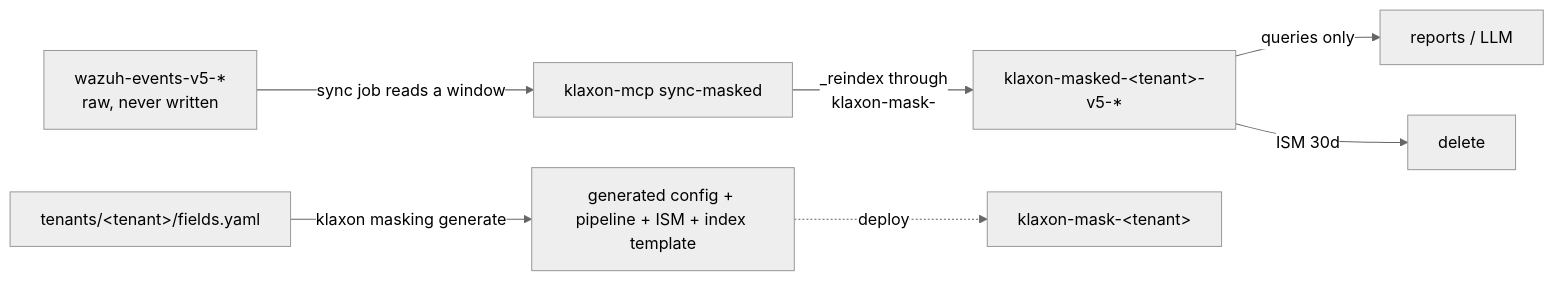
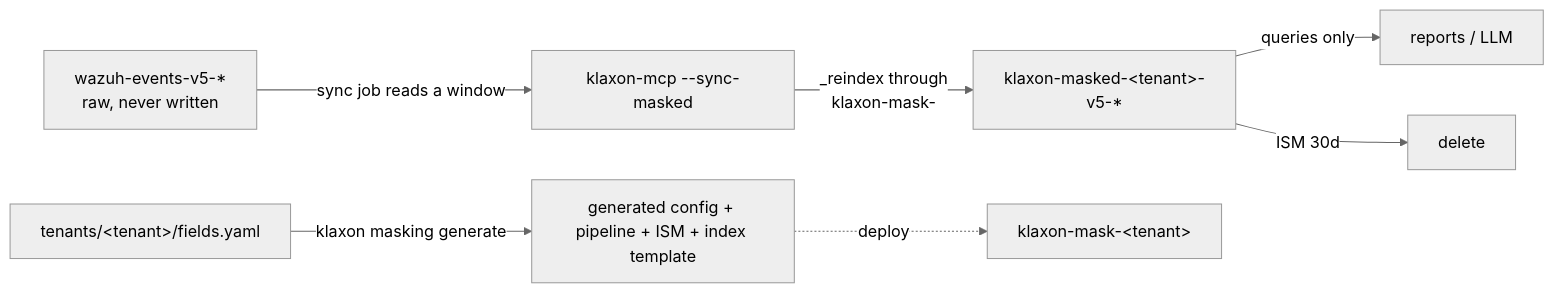
The diagram in docs/option-b-masked-stream.md (sec73/klaxon), drawn with Mermaid (neutral theme) before and after one commit. The commit also changed other lines of this file and 18 other files, not shown here.

````diff
--- a/docs/option-b-masked-stream.md
+++ b/docs/option-b-masked-stream.md
@@ -24,9 +24,9 @@
 ```mermaid
 flowchart LR
-    RAW[wazuh-events-v5-*<br/>raw, never written] -->|sync job reads a window| SYNC[klaxon-mcp sync-masked]
+    RAW[wazuh-events-v5-*<br/>raw, never written] -->|sync job reads a window| SYNC[klaxon-mcp --sync-masked]
     SYNC -->|"_reindex through<br/>klaxon-mask-<tenant>"| MASKED[klaxon-masked-&lt;tenant&gt;-v5-*]
     MASKED -->|queries only| R[reports / LLM]
     MASKED -->|ISM 30d| DEL[delete]
     CFG[tenants/&lt;tenant&gt;/fields.yaml] -->|klaxon masking generate| GEN[generated config + pipeline + ISM + index template]
     GEN -.deploy.-> PIP[klaxon-mask-&lt;tenant&gt;]
 ```
````
